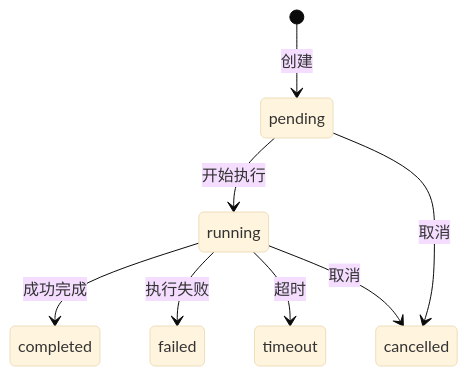
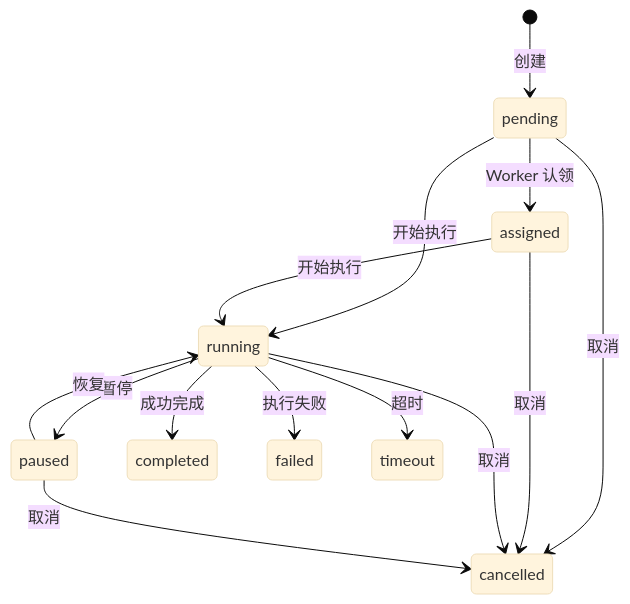
Before and after one commit to weightwave/taskcast: the second of 2 diagrams in README.zh.md, drawn with Mermaid (base theme). The commit also changed other lines of this file and 48 other files, not shown here.

````diff
--- a/README.zh.md
+++ b/README.zh.md
@@ -306,10 +315,16 @@
 ```mermaid
 stateDiagram-v2
     [*] --> pending : 创建
+    pending --> assigned : Worker 认领
     pending --> running : 开始执行
     pending --> cancelled : 取消
+    assigned --> running : 开始执行
+    assigned --> cancelled : 取消
+    running --> paused : 暂停
     running --> completed : 成功完成
     running --> failed : 执行失败
     running --> timeout : 超时
     running --> cancelled : 取消
+    paused --> running : 恢复
+    paused --> cancelled : 取消
 ```
````
